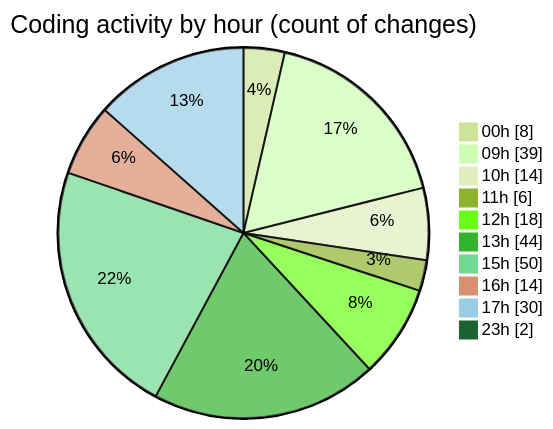
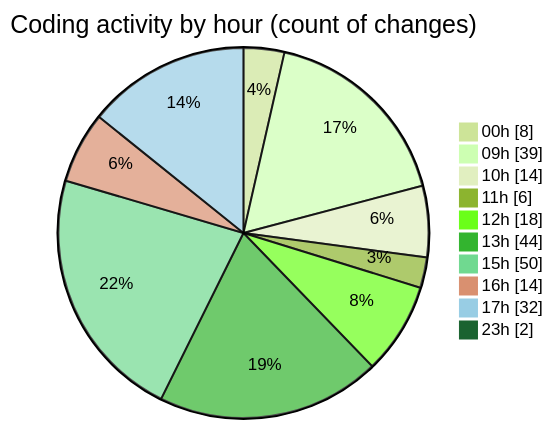
One commit to momahboobian/code-tracking changed the second of 2 diagrams in 2025-12-18/cda/README.md. Above: the diagram before and after it, drawn with Mermaid (forest theme). The commit also changed other lines of this file and 1 other file, not shown here.

````diff
--- a/2025-12-18/cda/README.md
+++ b/2025-12-18/cda/README.md
@@ -114,14 +115,14 @@
 ```mermaid
 pie showData
 title Coding activity by hour (count of changes)
 "00h" : 8
 "09h" : 39
 "10h" : 14
 "11h" : 6
 "12h" : 18
 "13h" : 44
 "15h" : 50
 "16h" : 14
-"17h" : 30
+"17h" : 32
 "23h" : 2
 ```
````
